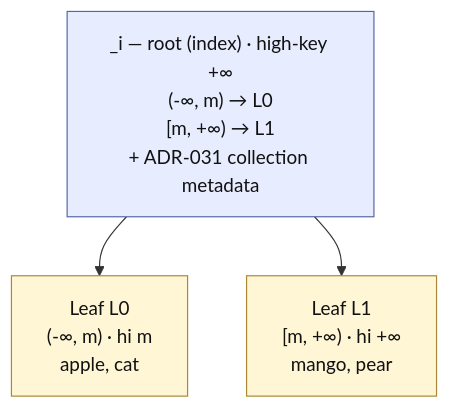
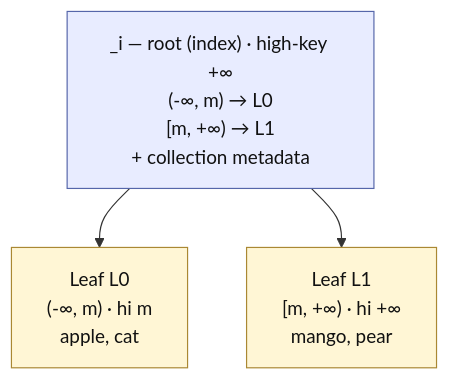
The second of 5 diagrams in docs/designs/dynamic-range-sharding.md (mbrt/glassdb-rs), drawn with Mermaid before and after one commit. The commit also changed other lines of this file and 2 other files, not shown here.

````diff
--- a/docs/designs/dynamic-range-sharding.md
+++ b/docs/designs/dynamic-range-sharding.md
@@ -138,11 +133,11 @@
 ```mermaid
 graph TD
-    Root["_i — root (index) · high-key +∞<br/>(-∞, m) → L0<br/>[m, +∞) → L1<br/>+ ADR-031 collection metadata"]
+    Root["_i — root (index) · high-key +∞<br/>(-∞, m) → L0<br/>[m, +∞) → L1<br/>+ collection metadata"]
     Root --> L0["Leaf L0<br/>(-∞, m) · hi m<br/>apple, cat"]
     Root --> L1["Leaf L1<br/>[m, +∞) · hi +∞<br/>mango, pear"]
 
     classDef root fill:#e8ecff,stroke:#5566aa,color:#111
     classDef leaf fill:#fff6d5,stroke:#aa8833,color:#111
     class Root root
     class L0,L1 leaf
 ```
````
